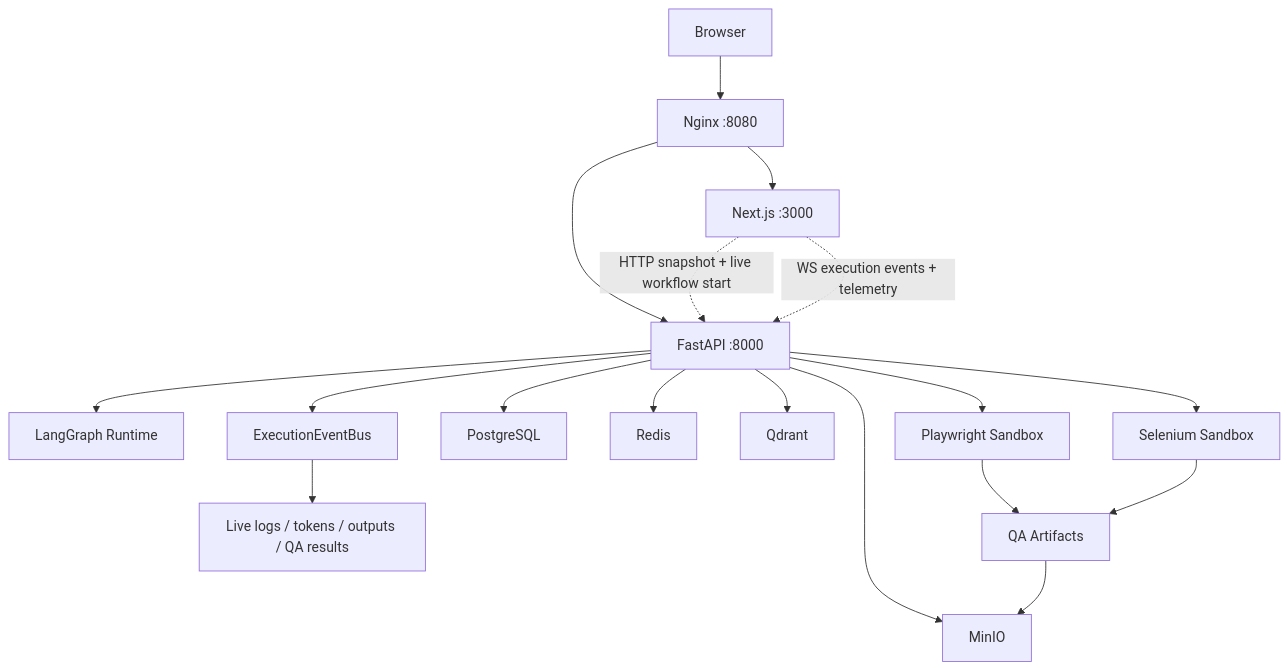
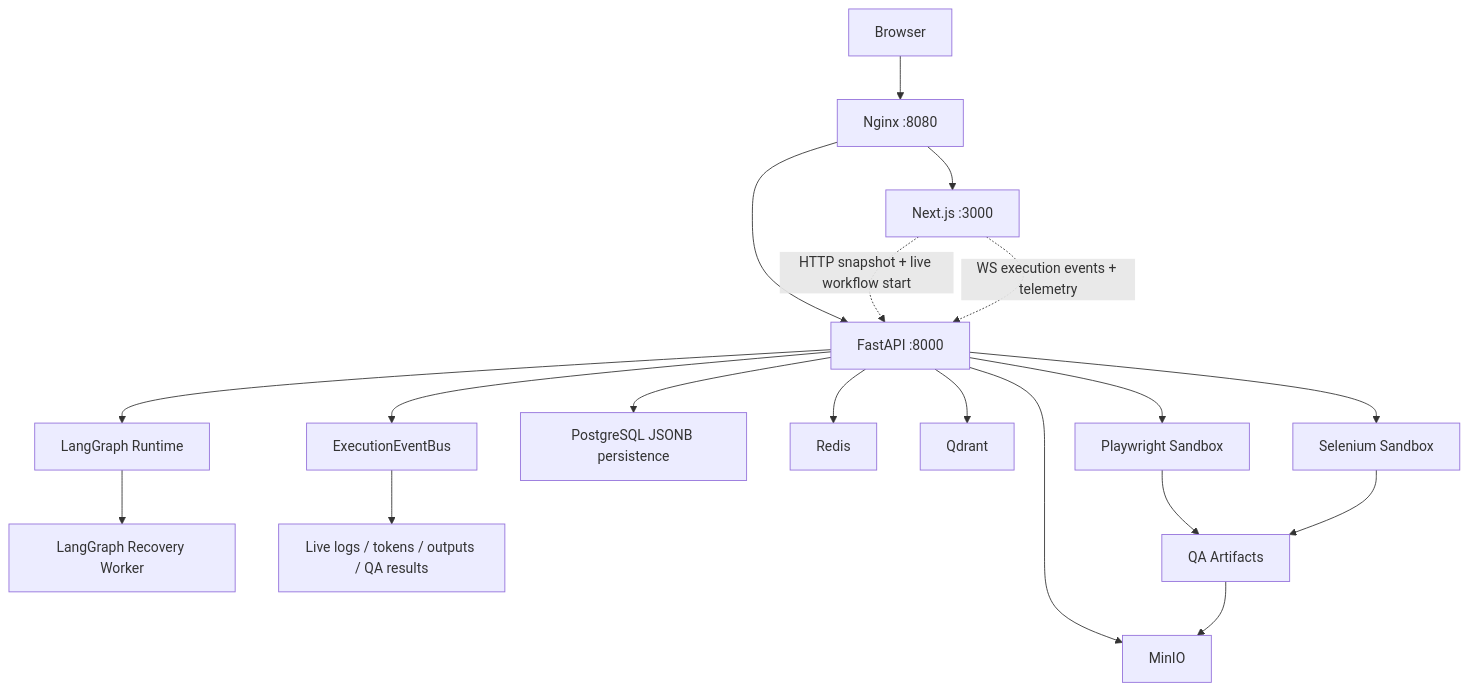
Before and after one commit to fhuamanr/LegionAgents: the fourth of 4 diagrams in README.md, drawn with Mermaid. The commit also changed other lines of this file and 22 other files, not shown here.

````diff
--- a/README.md
+++ b/README.md
@@ -175,22 +218,23 @@
 ```mermaid
 flowchart TB
   Browser["Browser"] --> Nginx["Nginx :8080"]
   Nginx --> Frontend["Next.js :3000"]
   Nginx --> Backend["FastAPI :8000"]
   Frontend -. "HTTP snapshot + live workflow start" .-> Backend
   Frontend -. "WS execution events + telemetry" .-> Backend
 
   Backend --> LangGraph["LangGraph Runtime"]
+  LangGraph --> Worker["LangGraph Recovery Worker"]
   Backend --> EventBus["ExecutionEventBus"]
   EventBus --> LiveLogs["Live logs / tokens / outputs / QA results"]
-  Backend --> Postgres["PostgreSQL"]
+  Backend --> Postgres["PostgreSQL JSONB persistence"]
   Backend --> Redis["Redis"]
   Backend --> Qdrant["Qdrant"]
   Backend --> MinIO["MinIO"]
   Backend --> Playwright["Playwright Sandbox"]
   Backend --> Selenium["Selenium Sandbox"]
 
   Playwright --> Artifacts["QA Artifacts"]
   Selenium --> Artifacts
   Artifacts --> MinIO
 ```
````
